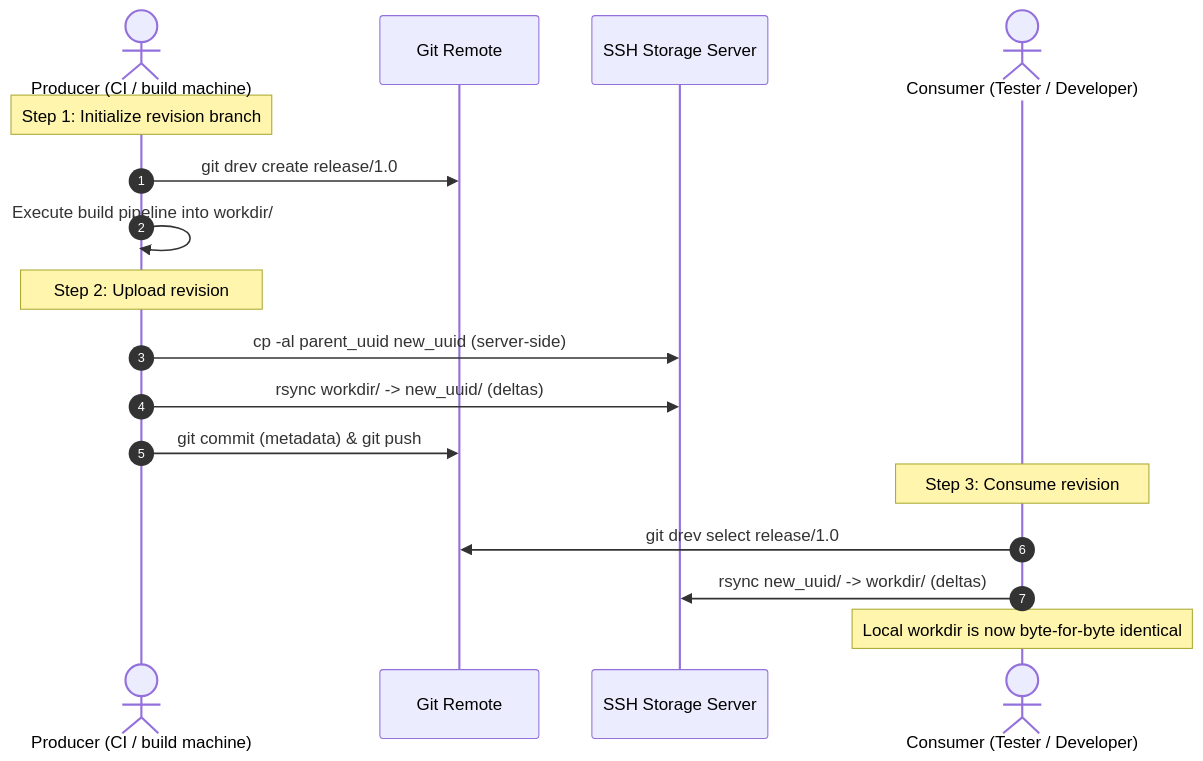
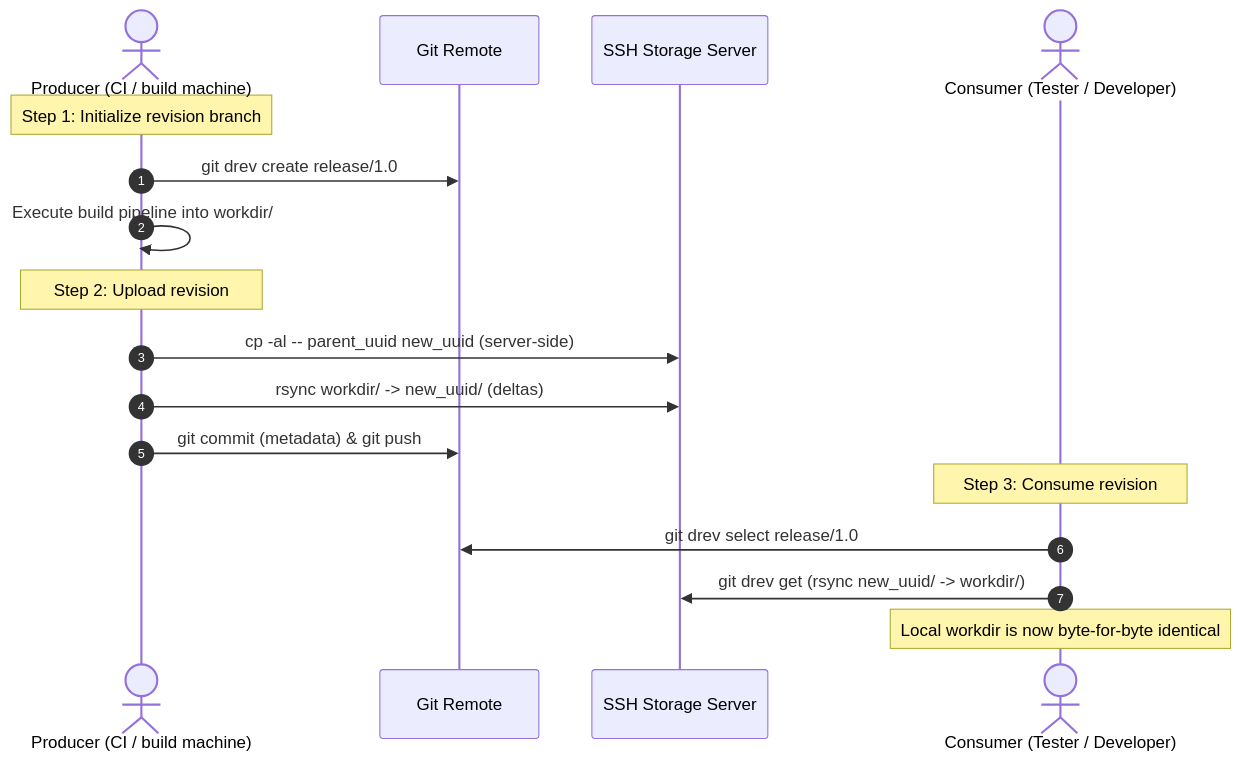
The second of 2 diagrams in docs/user-guide/01-philosophy.md (bvarnai/git-drev), drawn with Mermaid before and after one commit. The commit also changed other lines of this file and 13 other files, not shown here.

````diff
--- a/docs/user-guide/01-philosophy.md
+++ b/docs/user-guide/01-philosophy.md
@@ -69,21 +69,21 @@
 ```mermaid
 sequenceDiagram
     autonumber
     actor Producer as Producer (CI / build machine)
     participant Git as Git Remote
     participant Storage as SSH Storage Server
     actor Consumer as Consumer (Tester / Developer)
 
     Note over Producer: Step 1: Initialize revision branch
     Producer->>Git: git drev create release/1.0
     Producer->>Producer: Execute build pipeline into workdir/
     Note over Producer: Step 2: Upload revision
-    Producer->>Storage: cp -al parent_uuid new_uuid (server-side)
+    Producer->>Storage: cp -al -- parent_uuid new_uuid (server-side)
     Producer->>Storage: rsync workdir/ -> new_uuid/ (deltas)
     Producer->>Git: git commit (metadata) & git push
 
     Note over Consumer: Step 3: Consume revision
     Consumer->>Git: git drev select release/1.0
-    Consumer->>Storage: rsync new_uuid/ -> workdir/ (deltas)
+    Consumer->>Storage: git drev get (rsync new_uuid/ -> workdir/)
     Note over Consumer: Local workdir is now byte-for-byte identical
 ```
````
